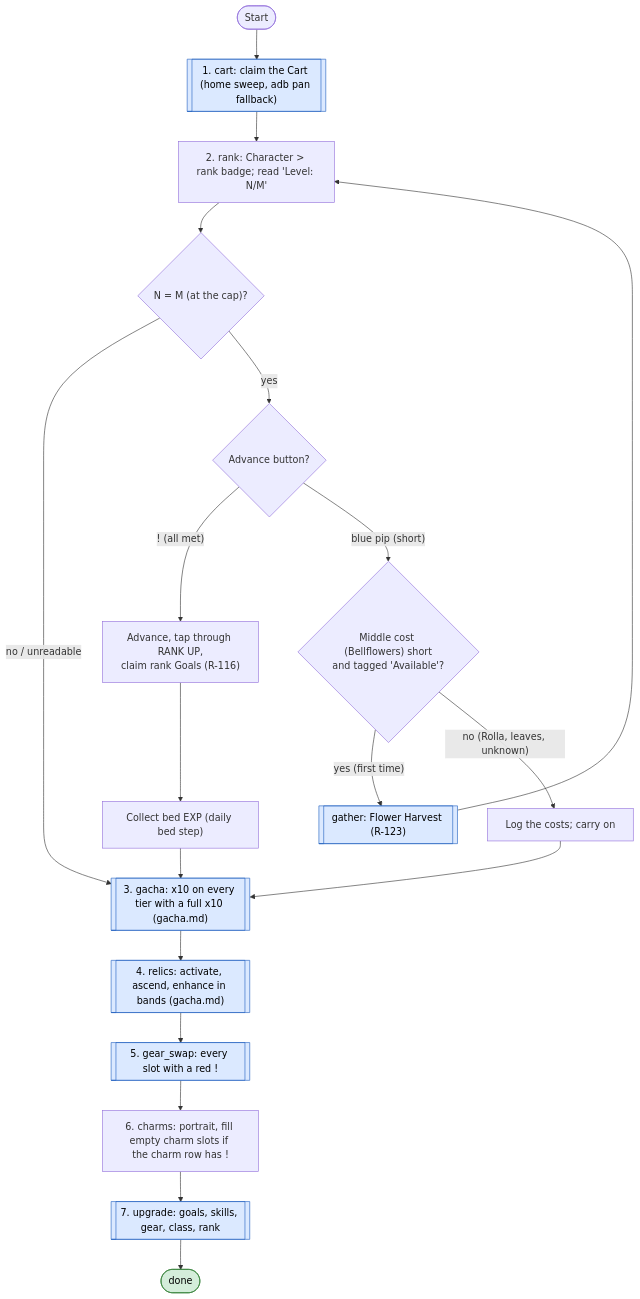
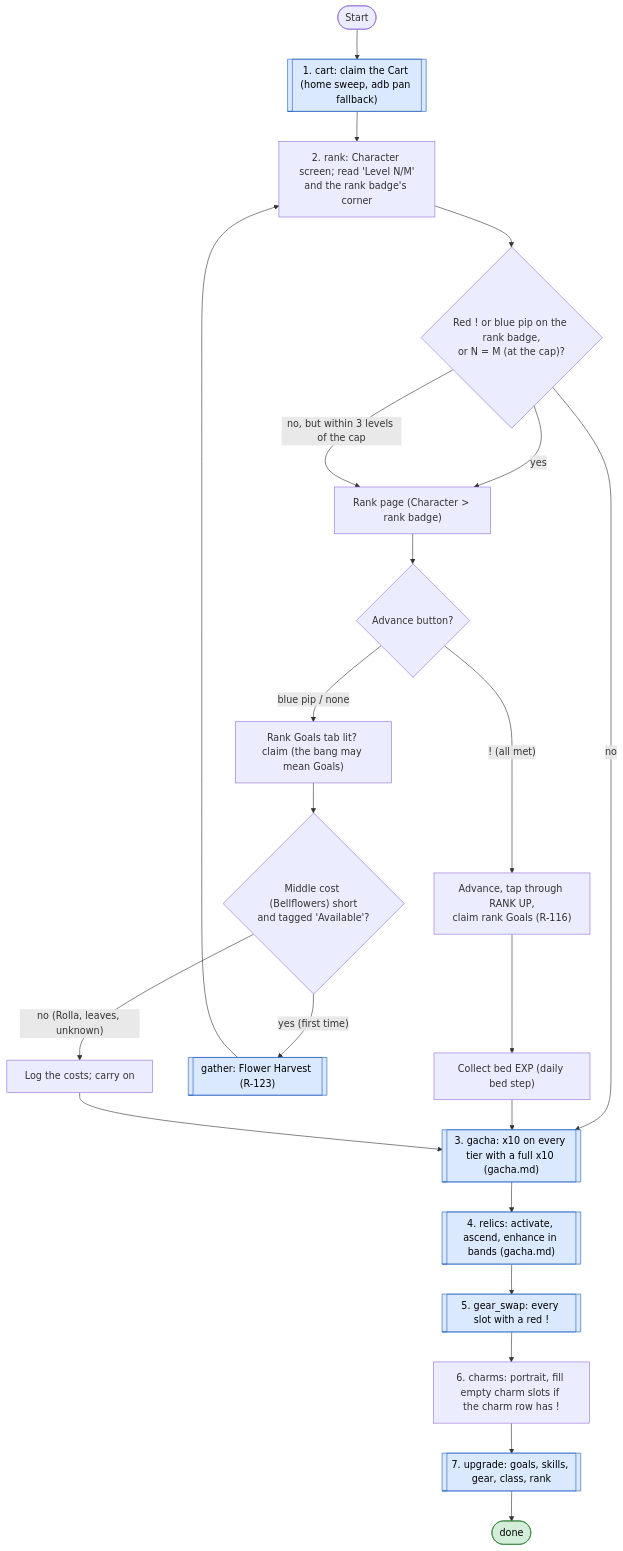
Before and after one commit to Sun-flow/sxs-agent: the third of 3 diagrams in docs/loops/upgrade.md, drawn with Mermaid. The commit also changed other lines of this file and 14 other files, not shown here.

First line of the commit message:
Relics: auto-combine always allowed; rank opened only on its bang or at the cap (mae 18:15)

````diff
--- a/docs/loops/upgrade.md
+++ b/docs/loops/upgrade.md
@@ -89,22 +92,24 @@
 ```mermaid
 flowchart TD
     S(["Start"]) --> A[["1. cart: claim the Cart (home sweep, adb pan fallback)"]]
-    A --> RP["2. rank: Character > rank badge; read 'Level: N/M'"]
-    RP --> CAP{"N = M (at the cap)?"}
-    CAP -->|"no / unreadable"| GA
-    CAP -->|yes| RA{"Advance button?"}
+    A --> CS["2. rank: Character screen; read 'Level N/M'<br/>and the rank badge's corner"]
+    CS --> SIG{"Red ! or blue pip on the rank badge,<br/>or N = M (at the cap)?"}
+    SIG -->|yes| RP["Rank page (Character > rank badge)"]
+    SIG -->|"no, but within 3 levels of the cap"| RP
+    SIG -->|"no"| GA
+    RP --> RA{"Advance button?"}
     RA -->|"! (all met)"| ADV["Advance, tap through RANK UP,<br/>claim rank Goals (R-116)"] --> BED["Collect bed EXP (daily bed step)"] --> GA
-    RA -->|"blue pip (short)"| SH{"Middle cost (Bellflowers) short<br/>and tagged 'Available'?"}
-    SH -->|"yes (first time)"| GAT[["gather: Flower Harvest (R-123)"]] --> RP
+    RA -->|"blue pip / none"| GO2["Rank Goals tab lit? claim (the bang may mean Goals)"] --> SH{"Middle cost (Bellflowers) short<br/>and tagged 'Available'?"}
+    SH -->|"yes (first time)"| GAT[["gather: Flower Harvest (R-123)"]] --> CS
     SH -->|"no (Rolla, leaves, unknown)"| NOTE["Log the costs; carry on"] --> GA
     GA[["3. gacha: x10 on every tier with a full x10 (gacha.md)"]]
     GA --> RL[["4. relics: activate, ascend, enhance in bands (gacha.md)"]]
     RL --> B[["5. gear_swap: every slot with a red !"]]
     B --> C["6. charms: portrait, fill empty charm slots if the charm row has !"]
     C --> D[["7. upgrade: goals, skills, gear, class, rank"]]
     D --> OK(["done"])
     classDef ok fill:#d4edda,stroke:#2e7d32,color:#000
     classDef sub fill:#dbe9ff,stroke:#1f5fbf,color:#000
     class OK ok
     class A,B,D,GA,RL,GAT sub
 ```
````
